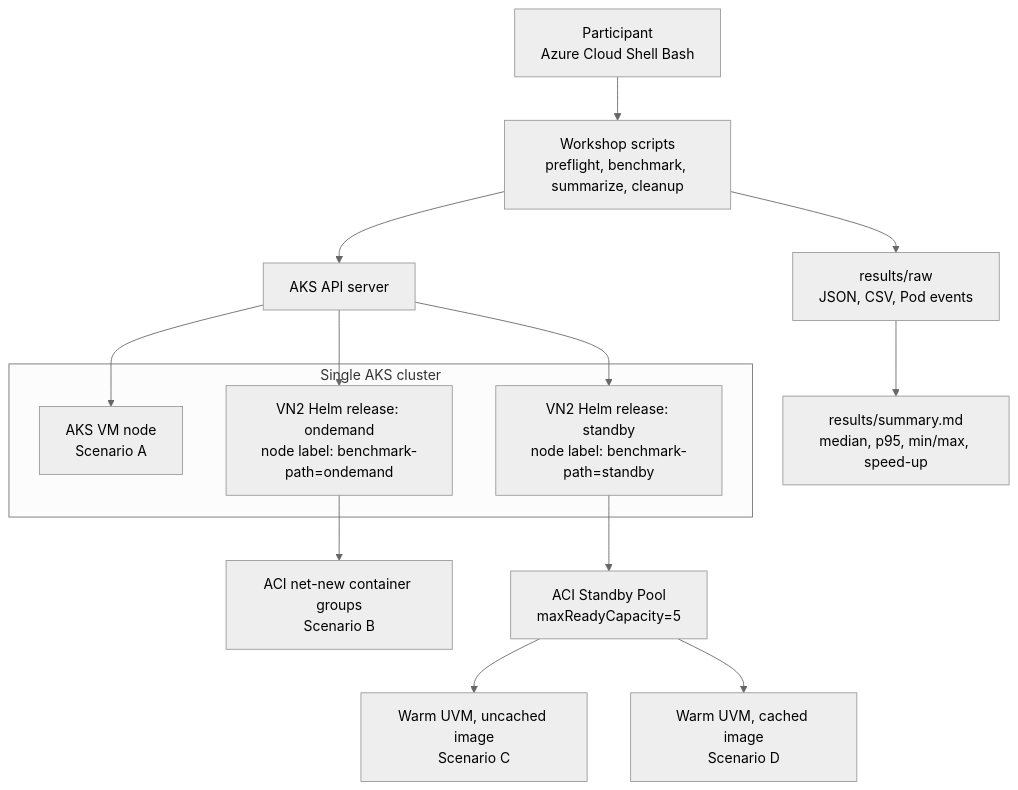
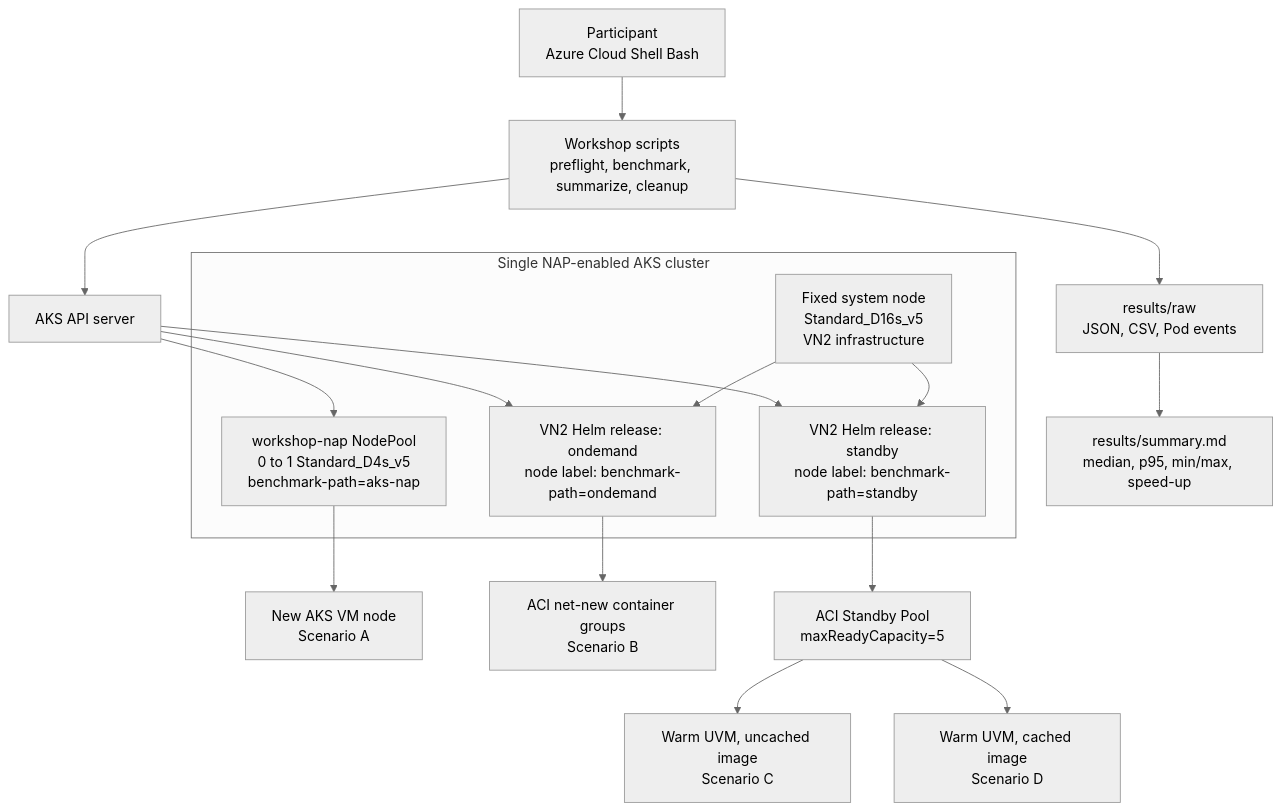
One commit to freeman9844/aci-basic-workshop-01 changed the diagram in README.md. Above: the diagram before and after it, drawn with Mermaid (neutral theme). The commit also changed other lines of this file and 8 other files, not shown here.

Commit message:
feat: provision AKS NAP benchmark capacity

````diff
--- a/README.md
+++ b/README.md
@@ -35,23 +35,27 @@
 ```mermaid
 flowchart TB
   user[Participant<br>Azure Cloud Shell Bash] --> scripts[Workshop scripts<br>preflight, benchmark, summarize, cleanup]
   scripts --> api[AKS API server]
 
-  subgraph aks[Single AKS cluster]
-    vm[AKS VM node<br>Scenario A]
+  subgraph aks[Single NAP-enabled AKS cluster]
+    system[Fixed system node<br>Standard_D16s_v5<br>VN2 infrastructure]
+    nap[workshop-nap NodePool<br>0 to 1 Standard_D4s_v5<br>benchmark-path=aks-nap]
     ondemand[VN2 Helm release: ondemand<br>node label: benchmark-path=ondemand]
     standby[VN2 Helm release: standby<br>node label: benchmark-path=standby]
   end
 
-  api --> vm
+  api --> nap
   api --> ondemand
   api --> standby
+  system --> ondemand
+  system --> standby
 
+  nap --> vm[New AKS VM node<br>Scenario A]
   ondemand --> aci1[ACI net-new container groups<br>Scenario B]
   standby --> pool[ACI Standby Pool<br>maxReadyCapacity=5]
   pool --> aci2[Warm UVM, uncached image<br>Scenario C]
   pool --> aci3[Warm UVM, cached image<br>Scenario D]
 
   scripts --> raw[results/raw<br>JSON, CSV, Pod events]
   raw --> report[results/summary.md<br>median, p95, min/max, speed-up]
 ```
````
